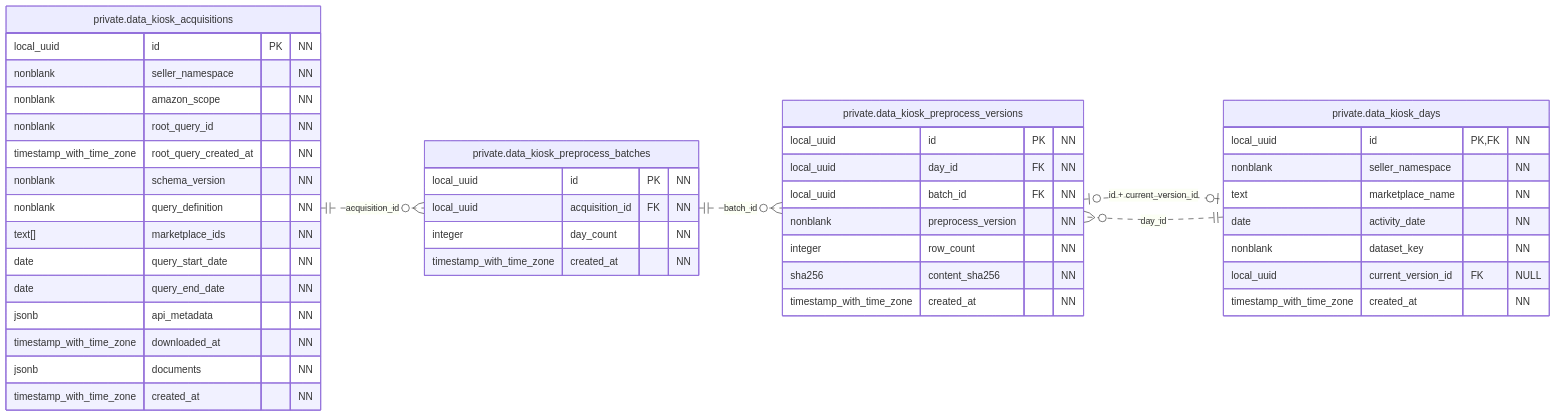
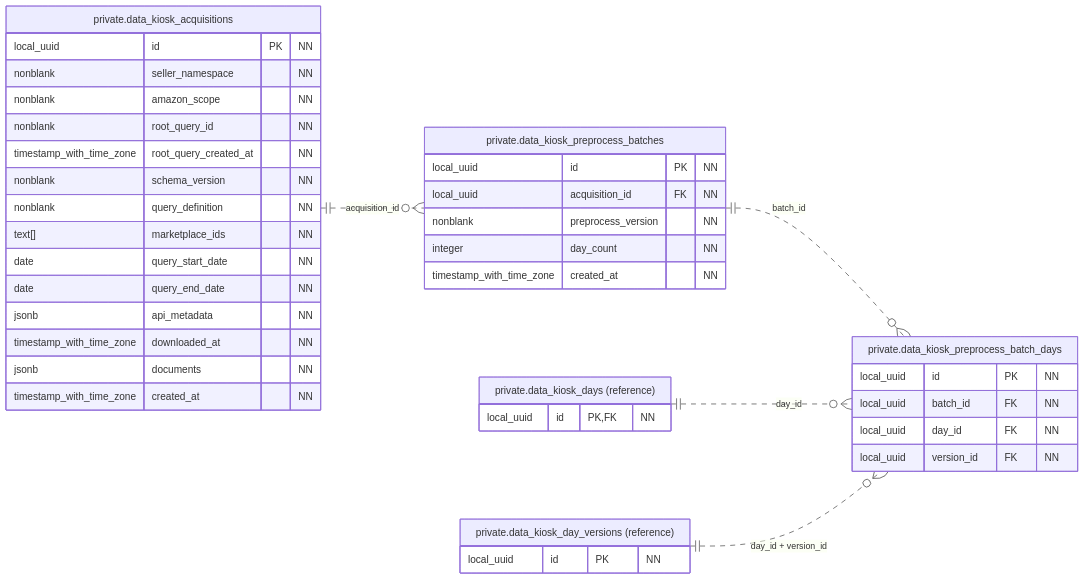
Before and after one commit to qwercxzsda/A-SelBox: the diagram in docs/figures/database/04-data-kiosk-observations.mmd, drawn with Mermaid. The commit also changed 127 other files, not shown here.

First line of the commit message:
refactor: rebuild Data Kiosk around reusable immutable day versions

```diff
--- a/docs/figures/database/04-data-kiosk-observations.mmd
+++ b/docs/figures/database/04-data-kiosk-observations.mmd
@@ -1,50 +1,46 @@
 erDiagram
     direction LR
-    private_data_kiosk_preprocess_versions o|..o| private_data_kiosk_days : "id + current_version_id"
     private_data_kiosk_acquisitions ||..o{ private_data_kiosk_preprocess_batches : "acquisition_id"
-    private_data_kiosk_preprocess_batches ||..o{ private_data_kiosk_preprocess_versions : "batch_id"
-    private_data_kiosk_days ||..o{ private_data_kiosk_preprocess_versions : "day_id"
+    private_data_kiosk_preprocess_batches ||..o{ private_data_kiosk_preprocess_batch_days : "batch_id"
+    private_data_kiosk_days ||..o{ private_data_kiosk_preprocess_batch_days : "day_id"
+    private_data_kiosk_day_versions ||..o{ private_data_kiosk_preprocess_batch_days : "day_id + version_id"
 
     private_data_kiosk_acquisitions["private.data_kiosk_acquisitions"] {
         local_uuid id PK "NN"
         nonblank seller_namespace "NN"
         nonblank amazon_scope "NN"
         nonblank root_query_id "NN"
         timestamp_with_time_zone root_query_created_at "NN"
         nonblank schema_version "NN"
         nonblank query_definition "NN"
         text[] marketplace_ids "NN"
         date query_start_date "NN"
         date query_end_date "NN"
         jsonb api_metadata "NN"
         timestamp_with_time_zone downloaded_at "NN"
         jsonb documents "NN"
         timestamp_with_time_zone created_at "NN"
     }
 
-    private_data_kiosk_days["private.data_kiosk_days"] {
-        local_uuid id PK, FK "NN"
-        nonblank seller_namespace "NN"
-        text marketplace_name "NN"
-        date activity_date "NN"
-        nonblank dataset_key "NN"
-        local_uuid current_version_id FK "NULL"
-        timestamp_with_time_zone created_at "NN"
-    }
-
     private_data_kiosk_preprocess_batches["private.data_kiosk_preprocess_batches"] {
         local_uuid id PK "NN"
         local_uuid acquisition_id FK "NN"
+        nonblank preprocess_version "NN"
         integer day_count "NN"
         timestamp_with_time_zone created_at "NN"
     }
 
-    private_data_kiosk_preprocess_versions["private.data_kiosk_preprocess_versions"] {
+    private_data_kiosk_preprocess_batch_days["private.data_kiosk_preprocess_batch_days"] {
         local_uuid id PK "NN"
+        local_uuid batch_id FK "NN"
         local_uuid day_id FK "NN"
-        local_uuid batch_id FK "NN"
-        nonblank preprocess_version "NN"
-        integer row_count "NN"
-        sha256 content_sha256 "NN"
-        timestamp_with_time_zone created_at "NN"
+        local_uuid version_id FK "NN"
     }
+
+    private_data_kiosk_day_versions["private.data_kiosk_day_versions (reference)"] {
+        local_uuid id PK "NN"
+    }
+
+    private_data_kiosk_days["private.data_kiosk_days (reference)"] {
+        local_uuid id PK, FK "NN"
+    }
```
